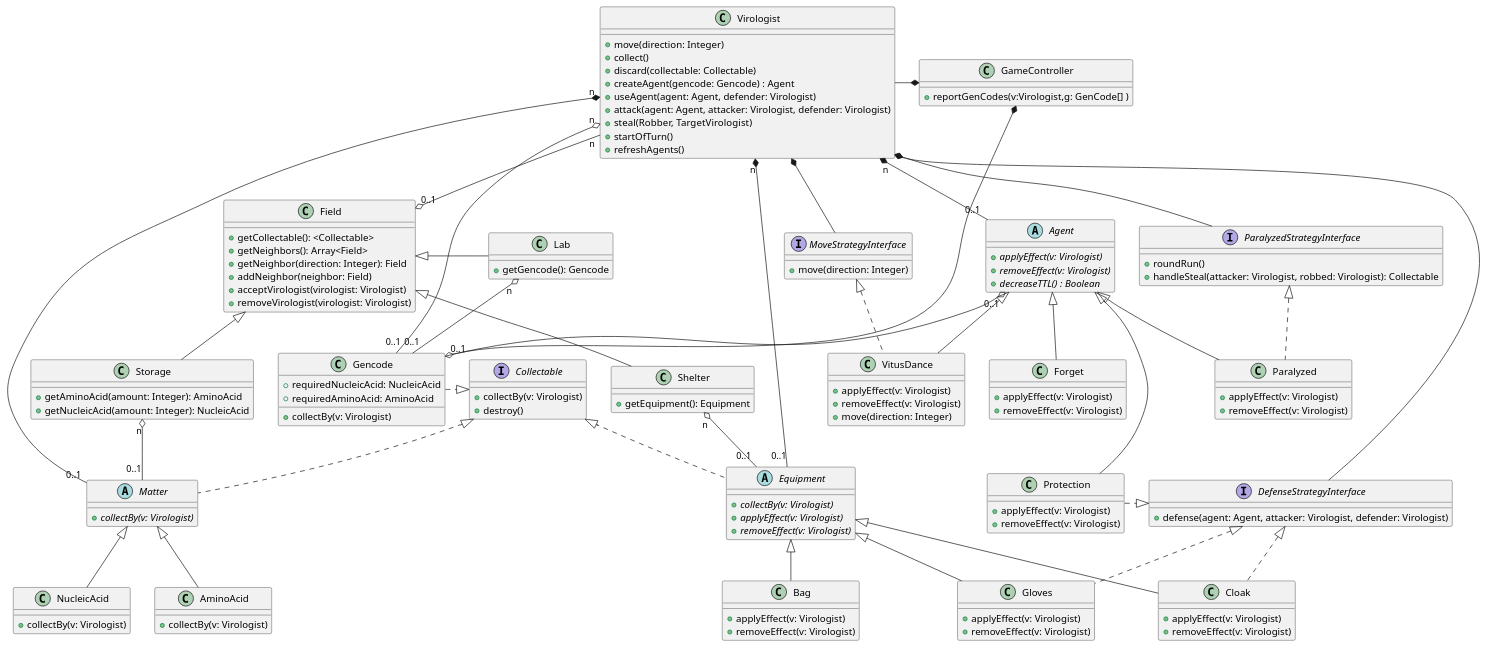
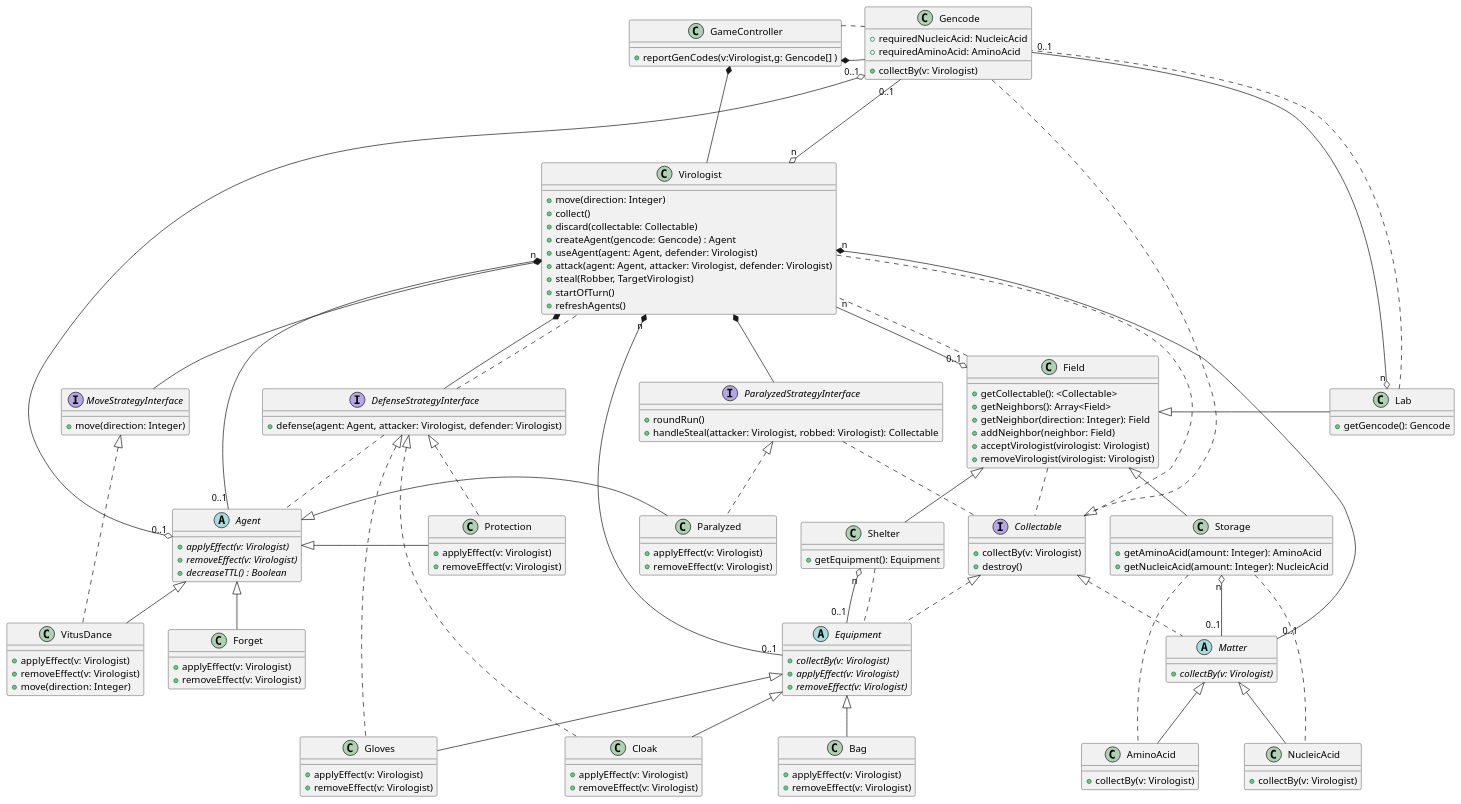
One commit to Projlab-csb/projlab-virologus changed the diagram in class-diagram/main-diagram.puml. Above: the diagram before and after it, drawn with PlantUML.

Commit message:
Add implicit connections to class diagram

```diff
--- a/class-diagram/main-diagram.puml
+++ b/class-diagram/main-diagram.puml
@@ -1,181 +1,193 @@
 @startuml
 
 'The class diagram doesn't show implicit getters and setters for fields!
 
 interface ParalyzedStrategyInterface{
     +roundRun()
     +handleSteal(attacker: Virologist, robbed: Virologist): Collectable
 }
 
 interface MoveStrategyInterface{
     +move(direction: Integer)
 }
 
 interface DefenseStrategyInterface{
     +defense(agent: Agent, attacker: Virologist, defender: Virologist)
 }
 
 
 interface Collectable{
     +collectBy(v: Virologist)
     +destroy()
 }
 
 class GameController {
     'Handle the turns, this knows the order of virologists, and calls the appropriate round() functions
     '+endOfTurn(virologist: Virologist)
     'Checks if the virologist won the game
-    +reportGenCodes(v:Virologist,g: GenCode[] )
+    +reportGenCodes(v:Virologist,g: Gencode[] )
     '+gameOver()
 }
 
 class Field{
     +getCollectable(): <Collectable>
     +getNeighbors(): Array<Field>
     +getNeighbor(direction: Integer): Field
     +addNeighbor(neighbor: Field)
     +acceptVirologist(virologist: Virologist)
     +removeVirologist(virologist: Virologist)
 }
 
 class Lab{
     +getGencode(): Gencode
 }
 
 class Storage{
     +getAminoAcid(amount: Integer): AminoAcid
     +getNucleicAcid(amount: Integer): NucleicAcid
 }
 
 class Shelter{
     '+getEquipmentCount(): Integer
     +getEquipment(): Equipment
 }
 
 class Virologist {
     +move(direction: Integer)
     'In the collect function we can use the this.getField()
     +collect()
     +discard(collectable: Collectable)
     +createAgent(gencode: Gencode) : Agent
     +useAgent(agent: Agent, defender: Virologist)
     +attack(agent: Agent, attacker: Virologist, defender: Virologist)
     +steal(Robber, TargetVirologist)
     +startOfTurn()
     'Iterates over all the Agents in the virologist and calls their decreaseTTL() function
     +refreshAgents()
 }
 
 abstract class Matter {
     {abstract} +collectBy(v: Virologist)
 }
 
 class AminoAcid{
     +collectBy(v: Virologist)
 }
 class NucleicAcid{
     +collectBy(v: Virologist)
 }
 
 abstract class Equipment {
     {abstract} +collectBy(v: Virologist)
     {abstract} +applyEffect(v: Virologist)
     {abstract} +removeEffect(v: Virologist)
 }
 
 class Cloak{
     +applyEffect(v: Virologist)
     +removeEffect(v: Virologist)
 }
 
 class Gloves{
     +applyEffect(v: Virologist)
     +removeEffect(v: Virologist)
 }
 
 class Bag{
     +applyEffect(v: Virologist)
     +removeEffect(v: Virologist)
 }
 
 abstract class Agent{
     {abstract} +applyEffect(v: Virologist)
     {abstract} +removeEffect(v: Virologist)
     'Each agent has a time to live value, and when it reaches 0, it is destroyed
     'The return value means if the agent is still alive
     {abstract} +decreaseTTL() : Boolean
 }
 
 class VitusDance{
     +applyEffect(v: Virologist)
     +removeEffect(v: Virologist)
     +move(direction: Integer)
 }
 
 class Protection{
     +applyEffect(v: Virologist)
     +removeEffect(v: Virologist)
 }
 
 class Paralyzed{
     +applyEffect(v: Virologist)
     +removeEffect(v: Virologist)
 }
 
 class Forget{
     +applyEffect(v: Virologist)
     +removeEffect(v: Virologist)
 }
 
 'This Gencode is basically the crafting receipt of the Agent
 class Gencode {
     +requiredNucleicAcid: NucleicAcid
     + requiredAminoAcid: AminoAcid
     +collectBy(v: Virologist)
 }
 
-GameController *-l Virologist
+GameController *-d Virologist
 GameController *-- Gencode
 
 Field <|- Lab
 Field <|-- Storage
 Field <|-- Shelter
 
-Lab "n" o- "0..1" Gencode
+Lab "n" o-- "0..1" Gencode
 Shelter "n" o-- "0..1" Equipment
 Storage "n" o-- "0..1" Matter
 
-Virologist *-- ParalyzedStrategyInterface
-
+Virologist *-r- ParalyzedStrategyInterface
 Virologist *-- MoveStrategyInterface
 Virologist *-- DefenseStrategyInterface
 Virologist "n" --o "0..1" Field
 Virologist "n" *-- "0..1" Agent
-Virologist "n" *-d- "0..1" Matter
-Virologist "n" *-d- "0..1" Equipment
-Virologist "n" o-d- "0..1" Gencode
+Virologist "n" *-- "0..1" Matter
+Virologist "n" *-- "0..1" Equipment
+Virologist "n" o-u-- "0..1" Gencode
 
 Matter <|-- AminoAcid
 Matter <|-- NucleicAcid
 
 Equipment <|-- Cloak
 Equipment <|-- Gloves
 Equipment <|-- Bag
 
 Agent <|-- VitusDance
 Agent <|- Protection
-Agent <|-- Paralyzed
+Agent <|- Paralyzed
 Agent <|-- Forget
 Agent "0..1" o--o "0..1" Gencode
 
-ParalyzedStrategyInterface <|.. Paralyzed
+ParalyzedStrategyInterface <|. Paralyzed
 MoveStrategyInterface <|.. VitusDance
-DefenseStrategyInterface <|.u Protection
+DefenseStrategyInterface <|.. Protection
 DefenseStrategyInterface <|.. Cloak
 DefenseStrategyInterface <|.. Gloves
 
-Collectable <|.l Gencode
+Collectable <|. Gencode
 Collectable <|.. Equipment
 Collectable <|. Matter
 
+'Implicit stuff, comment it out for easier readability
+ParalyzedStrategyInterface .. Collectable
+DefenseStrategyInterface .. Agent
+DefenseStrategyInterface .. Virologist
+Collectable .. Virologist
+GameController . Gencode
+Field .. Collectable
+Field .. Virologist
+Lab .. Gencode
+Storage .. AminoAcid
+Storage .. NucleicAcid
+Shelter .. Equipment
+
 @enduml
```
